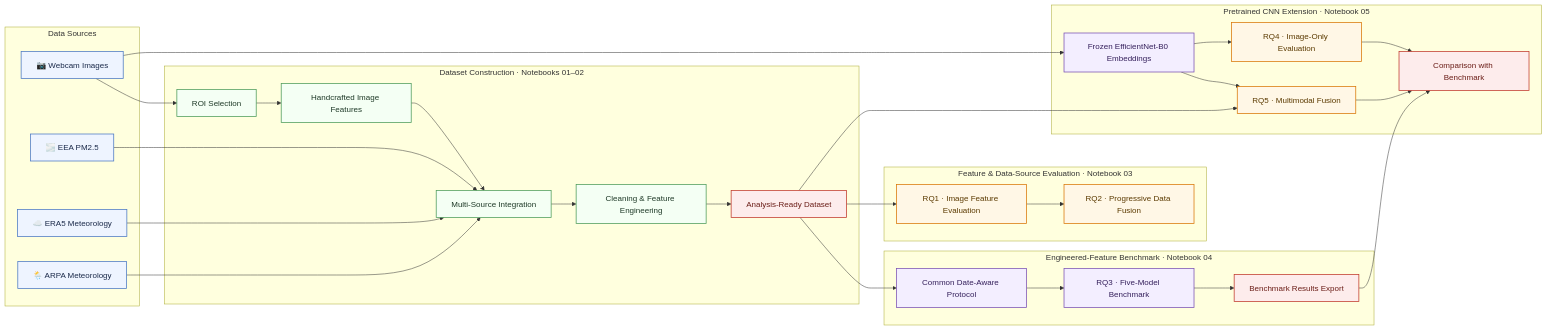
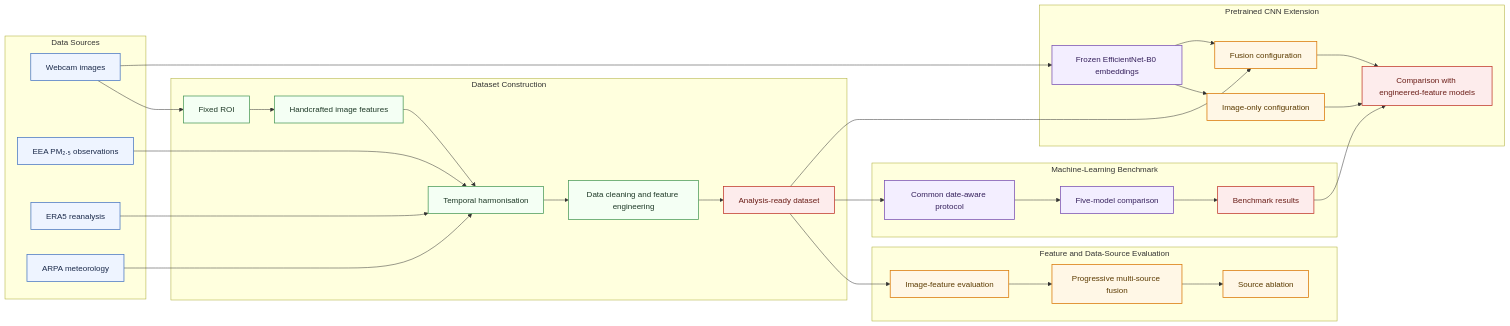
One commit to gisgeolab/aqpictures changed the diagram in README.md. Above: the diagram before and after it, drawn with Mermaid. The commit also changed other lines of this file, not shown here.

````diff
--- a/README.md
+++ b/README.md
@@ -20,64 +23,66 @@
 ```mermaid
 flowchart LR
 
     subgraph S1[Data Sources]
-        A[📷 Webcam Images]
-        B[🌫️ EEA PM2.5]
-        C[☁️ ERA5 Meteorology]
-        D[🌦️ ARPA Meteorology]
+        A[Webcam images]
+        B[EEA PM₂.₅ observations]
+        C[ERA5 reanalysis]
+        D[ARPA meteorology]
     end
 
-    subgraph S2[Dataset Construction · Notebooks 01–02]
-        E[ROI Selection]
-        F[Handcrafted Image Features]
-        G[Multi-Source Integration]
-        H[Cleaning & Feature Engineering]
-        I[Analysis-Ready Dataset]
+    subgraph S2[Dataset Construction]
+        E[Fixed ROI]
+        F[Handcrafted image features]
+        G[Temporal harmonisation]
+        H[Data cleaning and feature engineering]
+        I[Analysis-ready dataset]
     end
 
-    subgraph S3[Feature & Data-Source Evaluation · Notebook 03]
-        J[RQ1 · Image Feature Evaluation]
-        K[RQ2 · Progressive Data Fusion]
+    subgraph S3[Feature and Data-Source Evaluation]
+        J[Image-feature evaluation]
+        K[Progressive multi-source fusion]
+        L[Source ablation]
     end
 
-    subgraph S4[Engineered-Feature Benchmark · Notebook 04]
-        L[Common Date-Aware Protocol]
-        M[RQ3 · Five-Model Benchmark]
-        N[Benchmark Results Export]
+    subgraph S4[Machine-Learning Benchmark]
+        M[Common date-aware protocol]
+        N[Five-model comparison]
+        O[Benchmark results]
     end
 
-    subgraph S5[Pretrained CNN Extension · Notebook 05]
-        O[Frozen EfficientNet-B0 Embeddings]
-        P[RQ4 · Image-Only Evaluation]
-        Q[RQ5 · Multimodal Fusion]
-        R[Comparison with Benchmark]
+    subgraph S5[Pretrained CNN Extension]
+        P[Frozen EfficientNet-B0 embeddings]
+        Q[Image-only configuration]
+        R[Fusion configuration]
+        S[Comparison with engineered-feature models]
     end
 
     A --> E --> F --> G
     B --> G
     C --> G
     D --> G
     G --> H --> I
 
-    I --> J --> K
-    I --> L --> M --> N
+    I --> J --> K --> L
+    I --> M --> N --> O
 
-    A --> O --> P
-    O --> Q
-    I --> Q
+    A --> P
+    P --> Q
     P --> R
-    Q --> R
-    N --> R
+    I --> R
+    O --> S
+    Q --> S
+    R --> S
 
     classDef source fill:#EEF4FF,stroke:#4A78C2,color:#1B2A4A,stroke-width:1.5px;
     classDef process fill:#F4FFF4,stroke:#4C9A5A,color:#1F3A28,stroke-width:1.5px;
-    classDef research fill:#FFF7E6,stroke:#D97706,color:#5B3A00,stroke-width:1.5px;
+    classDef evaluation fill:#FFF7E6,stroke:#D97706,color:#5B3A00,stroke-width:1.5px;
     classDef benchmark fill:#F3EEFF,stroke:#7950B2,color:#35205C,stroke-width:1.5px;
     classDef output fill:#FDECEC,stroke:#C0392B,color:#6B1E18,stroke-width:1.5px;
 
     class A,B,C,D source;
     class E,F,G,H process;
-    class J,K,P,Q research;
-    class L,M,O benchmark;
-    class I,N,R output;
+    class J,K,L,Q,R evaluation;
+    class M,N,P benchmark;
+    class I,O,S output;
 ```
````
